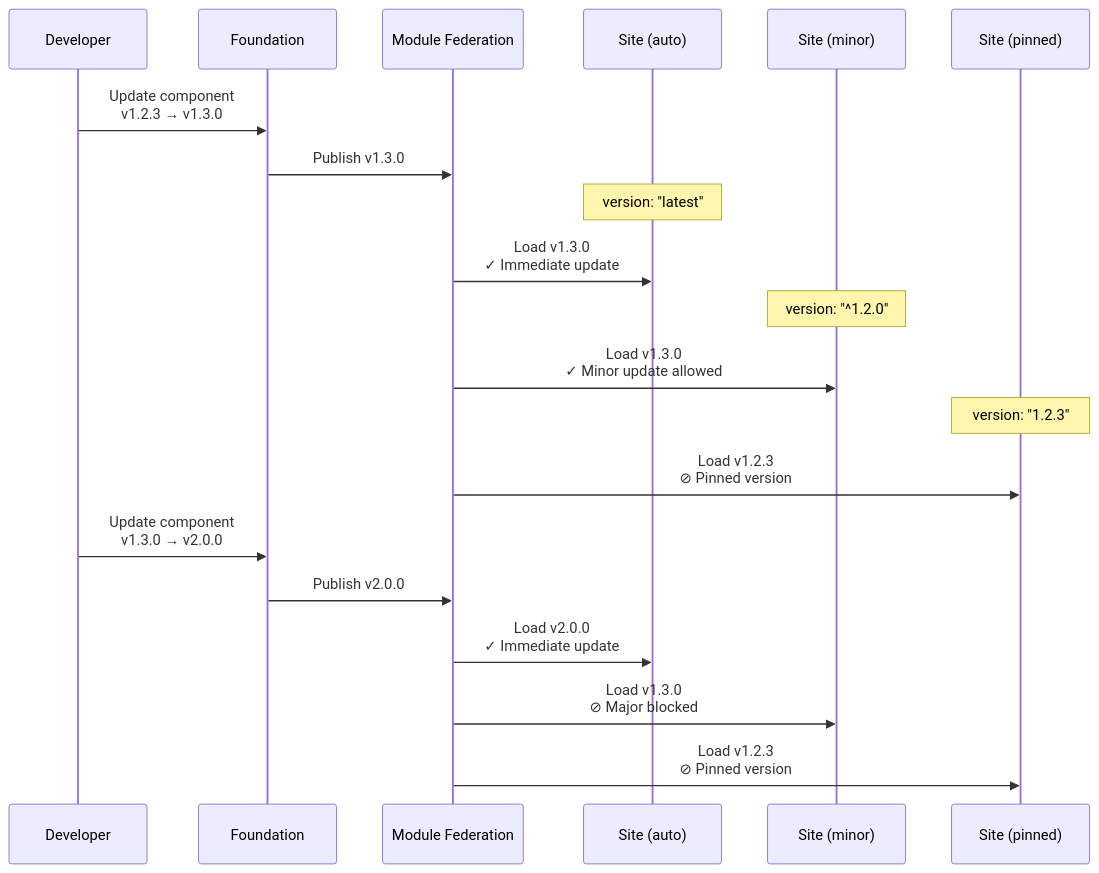
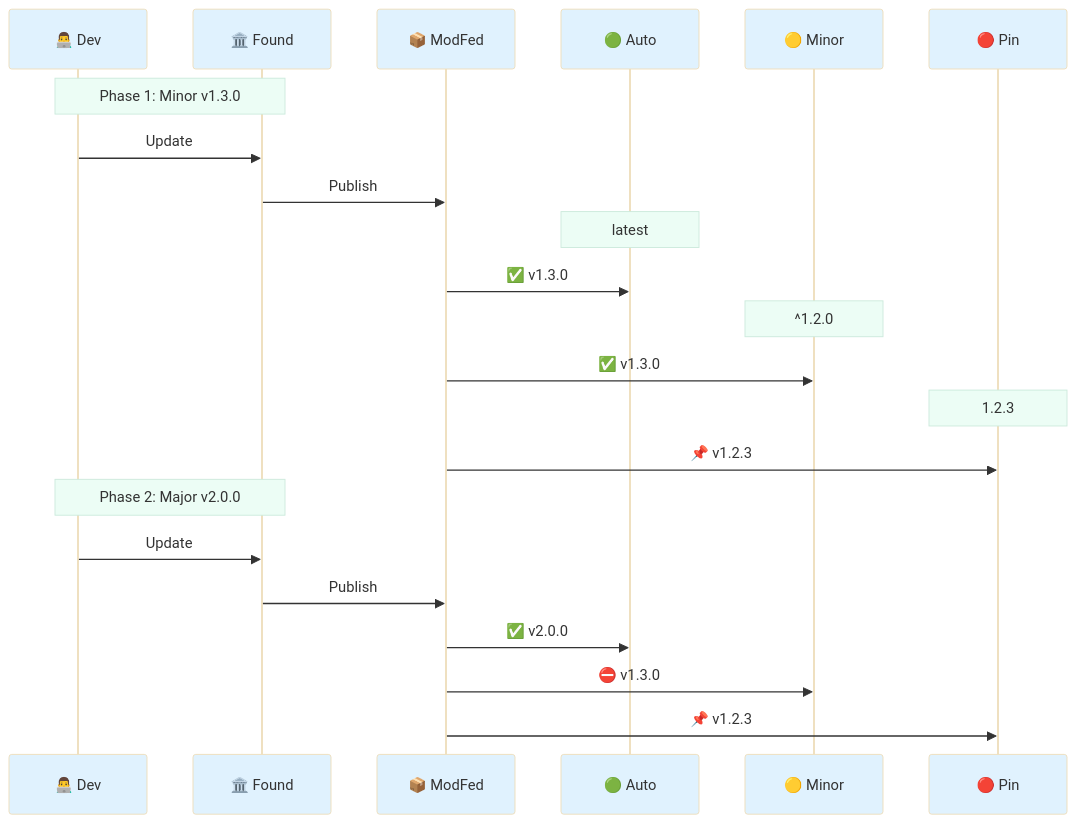
Before and after one commit to uniwebcms/framework: the seventh of 8 diagrams in docs/uniweb-diagrams.md, drawn with Mermaid. The commit also changed other lines of this file, not shown here.

Commit message:
Improve diagrams

````diff
--- a/docs/uniweb-diagrams.md
+++ b/docs/uniweb-diagrams.md
@@ -222,28 +257,31 @@
 ```mermaid
+%%{init: {'theme':'base', 'themeVariables': { 'actorBkg':'#e0f2fe','noteBkgColor':'#ecfdf5','activationBkgColor':'#10b981','fontSize':'13px'}}}%%
 sequenceDiagram
-    participant DEV as Developer
-    participant FOUND as Foundation
-    participant REG as Module Federation
-    participant SITE1 as Site (auto)
-    participant SITE2 as Site (minor)
-    participant SITE3 as Site (pinned)
-    
-    DEV->>FOUND: Update component<br/>v1.2.3 → v1.3.0
-    FOUND->>REG: Publish v1.3.0
-    
-    Note over SITE1: version: "latest"
-    REG->>SITE1: Load v1.3.0<br/>✓ Immediate update
-    
-    Note over SITE2: version: "^1.2.0"
-    REG->>SITE2: Load v1.3.0<br/>✓ Minor update allowed
-    
-    Note over SITE3: version: "1.2.3"
-    REG->>SITE3: Load v1.2.3<br/>⊘ Pinned version
-    
-    DEV->>FOUND: Update component<br/>v1.3.0 → v2.0.0
-    FOUND->>REG: Publish v2.0.0
-    
-    REG->>SITE1: Load v2.0.0<br/>✓ Immediate update
-    REG->>SITE2: Load v1.3.0<br/>⊘ Major blocked
-    REG->>SITE3: Load v1.2.3<br/>⊘ Pinned version
+    participant D as 👨‍💻 Dev
+    participant F as 🏛️ Found
+    participant M as 📦 ModFed
+    participant A as 🟢 Auto
+    participant Mi as 🟡 Minor
+    participant P as 🔴 Pin
+
+    Note over D,F: Phase 1: Minor v1.3.0
+    D->>F: Update
+    F->>M: Publish
+
+    Note over A: latest
+    M->>A: ✅ v1.3.0
+
+    Note over Mi: ^1.2.0
+    M->>Mi: ✅ v1.3.0
+
+    Note over P: 1.2.3
+    M->>P: 📌 v1.2.3
+
+    Note over D,F: Phase 2: Major v2.0.0
+    D->>F: Update
+    F->>M: Publish
+
+    M->>A: ✅ v2.0.0
+    M->>Mi: ⛔ v1.3.0
+    M->>P: 📌 v1.2.3
 ```
````
